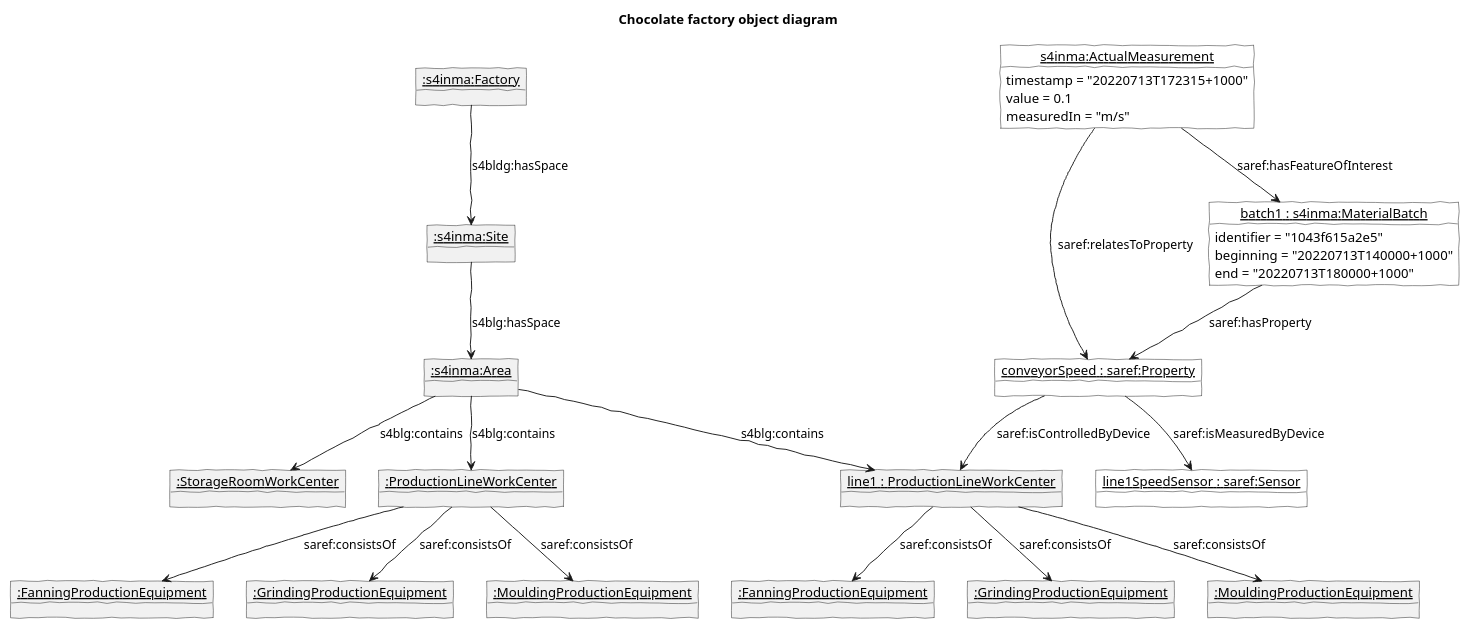
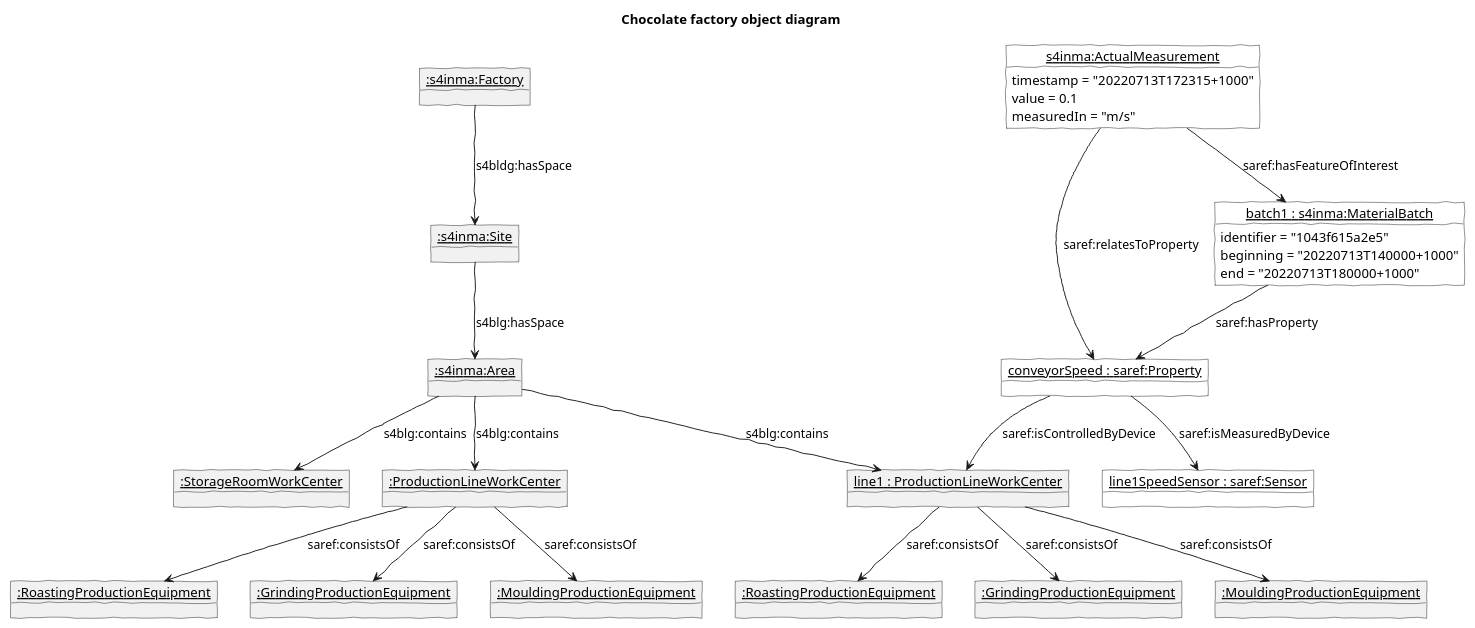
One commit to sgryphon/iot-demo-build changed the diagram in smart-factory/factory-line-twin/twin-instances.puml. Above: the diagram before and after it, drawn with PlantUML. The commit also changed 8 other files, not shown here.

```diff
--- a/smart-factory/factory-line-twin/twin-instances.puml
+++ b/smart-factory/factory-line-twin/twin-instances.puml
@@ -1,61 +1,61 @@
 @startuml 
 
 skinparam handwritten true
 skinparam useBetaStyle true
 
 title Chocolate factory object diagram
 
 object "__:s4inma:Factory__" as factory1
 object "__:s4inma:Site__" as site1
 object "__:s4inma:Area__" as area1
 
 factory1 --> site1 : s4bldg:hasSpace
 site1 --> area1 : s4blg:hasSpace
 
 ' s4inma:WorkCenter
 object "__line1 : ProductionLineWorkCenter__" as line1
 object "__:ProductionLineWorkCenter__" as line2
 object "__:StorageRoomWorkCenter__" as store1
 
 area1 --> line1 : s4blg:contains
 area1 --> line2 : s4blg:contains
 area1 --> store1 : s4blg:contains
 
 ' s4inma:ProductionEquipment
-object "__:FanningProductionEquipment__" as fan1
+object "__:RoastingProductionEquipment__" as roaster1
 object "__:GrindingProductionEquipment__" as grinder1
 object "__:MouldingProductionEquipment__" as mould1
-object "__:FanningProductionEquipment__" as fan2
+object "__:RoastingProductionEquipment__" as roaster2
 object "__:GrindingProductionEquipment__" as grinder2
 object "__:MouldingProductionEquipment__" as mould2
 
-line1 --> fan1 : saref:consistsOf
+line1 --> roaster1 : saref:consistsOf
 line1 --> grinder1 : saref:consistsOf
 line1 --> mould1 : saref:consistsOf
 
-line2 --> fan2 : saref:consistsOf
+line2 --> roaster2 : saref:consistsOf
 line2 --> grinder2 : saref:consistsOf
 line2 --> mould2 : saref:consistsOf
 
 object "__batch1 : s4inma:MaterialBatch__" as batch1 #white {
     identifier = "1043f615a2e5"
     beginning = "20220713T140000+1000"
     end = "20220713T180000+1000"
 }
 object "__conveyorSpeed : saref:Property__" as conveyorSpeedProperty #white {    
 }
 object "__s4inma:ActualMeasurement__" as conveyorSpeedMeasurement #white {
     timestamp = "20220713T172315+1000"
     value = 0.1
     measuredIn = "m/s"
 }
 
 object "__line1SpeedSensor : saref:Sensor__" as conveyorSpeedSensor #white
 
 batch1 --> conveyorSpeedProperty : saref:hasProperty
 conveyorSpeedProperty --> conveyorSpeedSensor : saref:isMeasuredByDevice
 conveyorSpeedProperty --> line1 : saref:isControlledByDevice
 conveyorSpeedMeasurement --> conveyorSpeedProperty : saref:relatesToProperty
 conveyorSpeedMeasurement --> batch1 : saref:hasFeatureOfInterest
 
 @enduml
```
